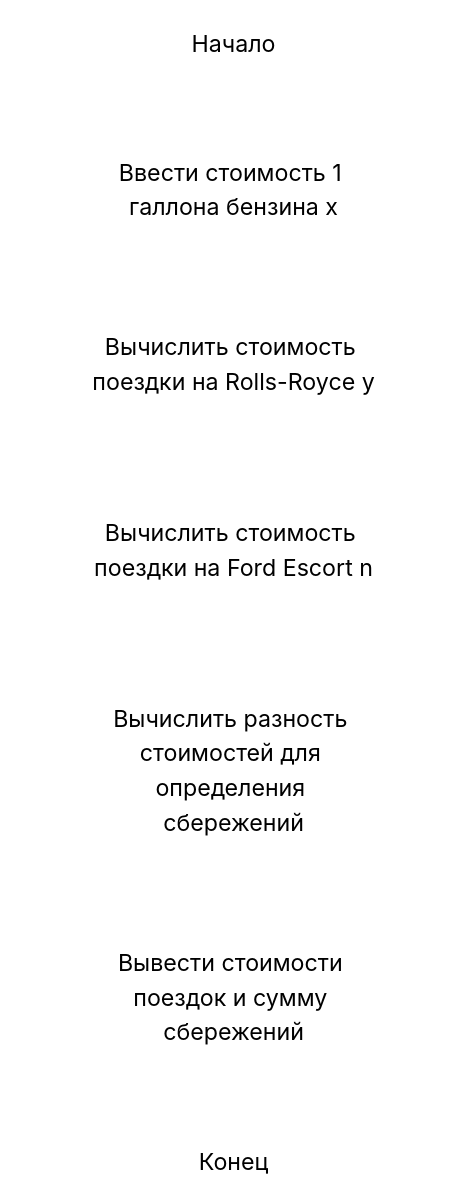
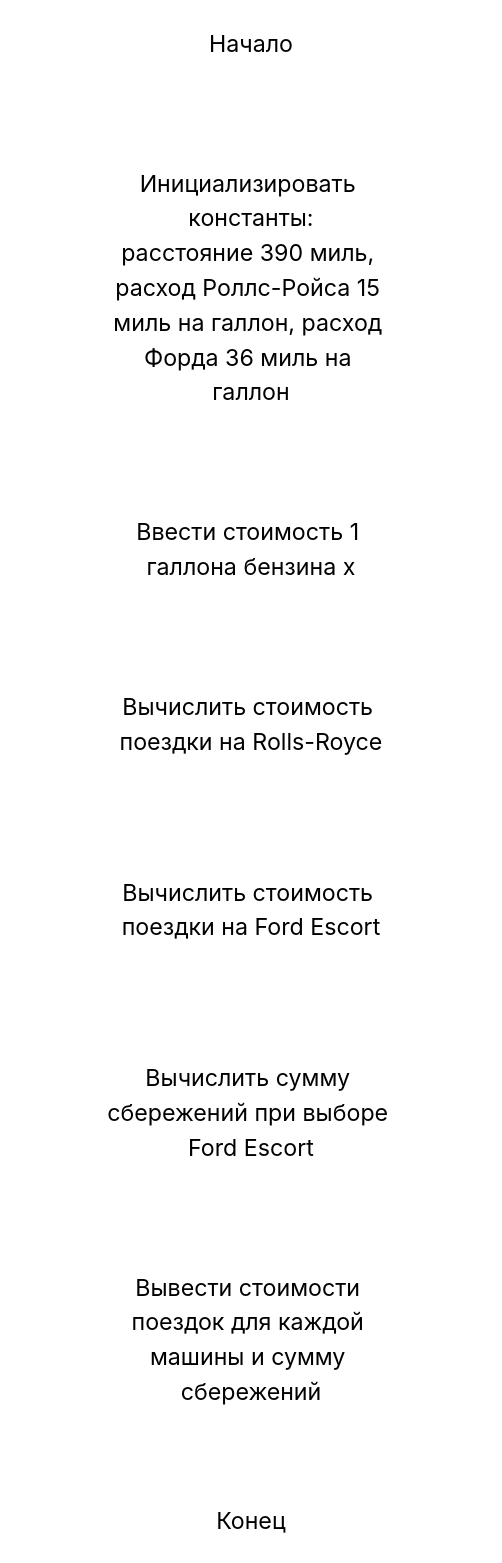
One commit to Annarioos/Lab2 changed the diagram in README.md. Above: the diagram before and after it, drawn with Mermaid. The commit also changed other lines of this file, not shown here.

````diff
--- a/README.md
+++ b/README.md
@@ -7,22 +7,24 @@
 ```mermaid
 graph TD
-    %% Шаги последовательного алгоритма решения задачи
-    Start([Начало]) --> Input[/Ввести стоимость 1 галлона бензина x/]
-    Input --> CalcRR[Вычислить стоимость поездки на Rolls-Royce y]
-    CalcRR --> CalcFE[Вычислить стоимость поездки на Ford Escort n]
-    CalcFE --> CalcDiff[Вычислить разность стоимостей для определения сбережений]
-    CalcDiff --> Output[/Вывести стоимости поездок и сумму сбережений/]
+    %% Шаги последовательного алгоритма задачи про автомобили
+    Start([Начало]) --> Init[Инициализировать константы:<br>расстояние 390 миль, расход Роллс-Ройса 15 миль на галлон, расход Форда 36 миль на галлон]
+    Init --> Input[/Ввести стоимость 1 галлона бензина x/]
+    Input --> CalcRR[Вычислить стоимость поездки на Rolls-Royce]
+    CalcRR --> CalcFE[Вычислить стоимость поездки на Ford Escort]
+    CalcFE --> CalcDiff[Вычислить сумму сбережений при выборе Ford Escort]
+    CalcDiff --> Output[/Вывести стоимости поездок для каждой машины и сумму сбережений/]
     Output --> End([Конец])
 
-    %% Стилизация блоков (светлые блоки с черным текстом для темной темы GitHub)
+    %% Стилизация блоков под темную тему GitHub (светлые блоки с черным текстом)
     style Start fill:#ffffff,stroke:#ffffff,stroke-width:2px,color:#000000
+    style Init fill:#ffffff,stroke:#ffffff,stroke-width:2px,color:#000000
     style Input fill:#ffffff,stroke:#ffffff,stroke-width:2px,color:#000000
     style CalcRR fill:#ffffff,stroke:#ffffff,stroke-width:2px,color:#000000
     style CalcFE fill:#ffffff,stroke:#ffffff,stroke-width:2px,color:#000000
     style CalcDiff fill:#ffffff,stroke:#ffffff,stroke-width:2px,color:#000000
     style Output fill:#ffffff,stroke:#ffffff,stroke-width:2px,color:#000000
     style End fill:#ffffff,stroke:#ffffff,stroke-width:2px,color:#000000
 
     %% Стилизация соединительных стрелок
     linkStyle default stroke:#ffffff,stroke-width:2px;
 ```
````
